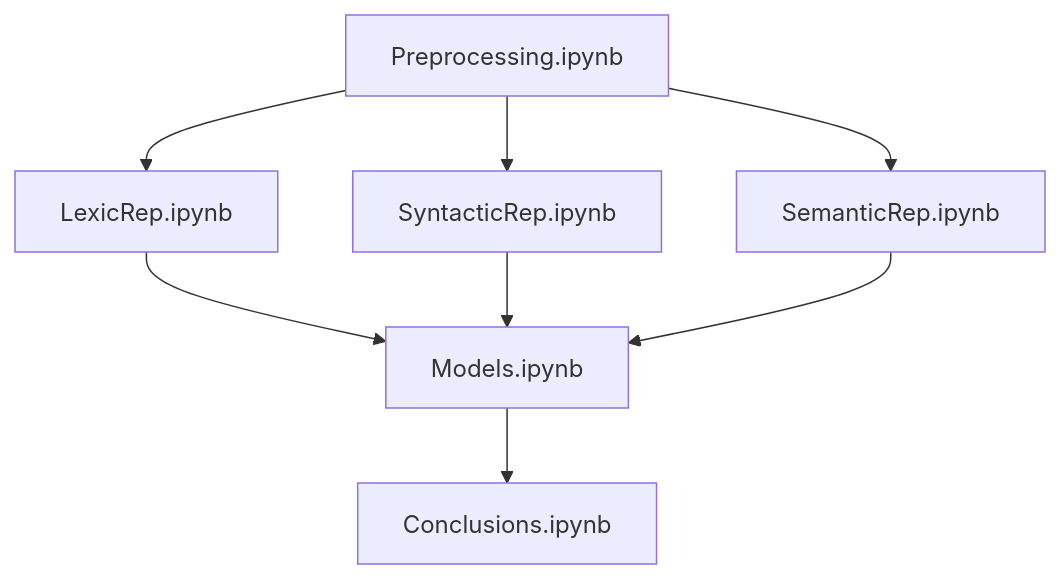
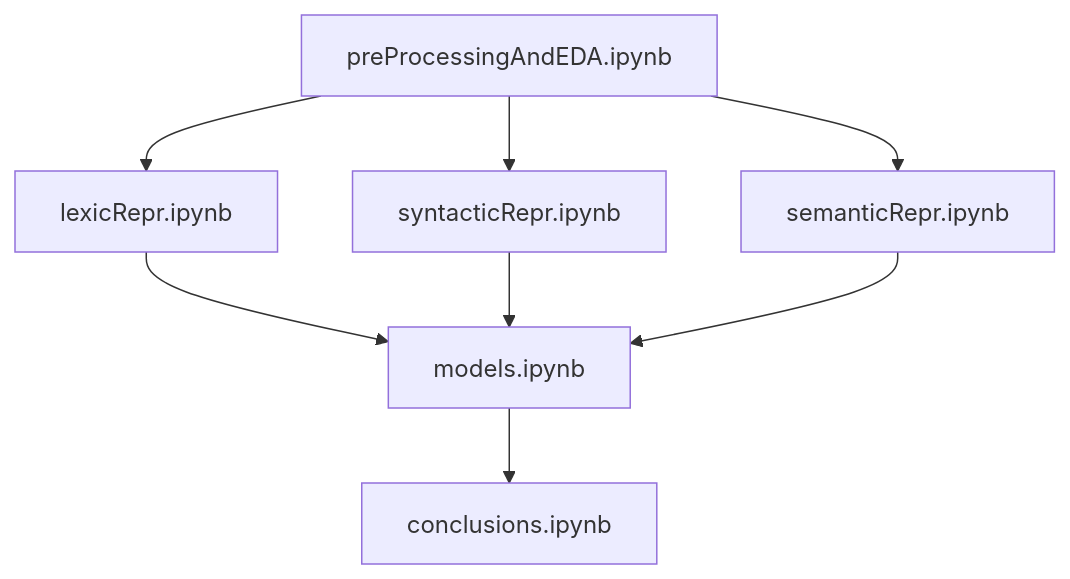
Before and after one commit to DiegoFleury/MI201-groupe-4: the diagram in README.md, drawn with Mermaid. The commit also changed other lines of this file, not shown here.

````diff
--- a/README.md
+++ b/README.md
@@ -32,10 +32,10 @@
 ```mermaid
 graph TD
-    A[Preprocessing.ipynb] --> B[LexicRep.ipynb]
-    A --> C[SyntacticRep.ipynb]
-    A --> D[SemanticRep.ipynb]
-    B --> E[Models.ipynb]
+    A[preProcessingAndEDA.ipynb] --> B[lexicRepr.ipynb]
+    A --> C[syntacticRepr.ipynb]
+    A --> D[semanticRepr.ipynb]
+    B --> E[models.ipynb]
     C --> E
     D --> E
-    E --> F[Conclusions.ipynb]
+    E --> F[conclusions.ipynb]
 ```
````
